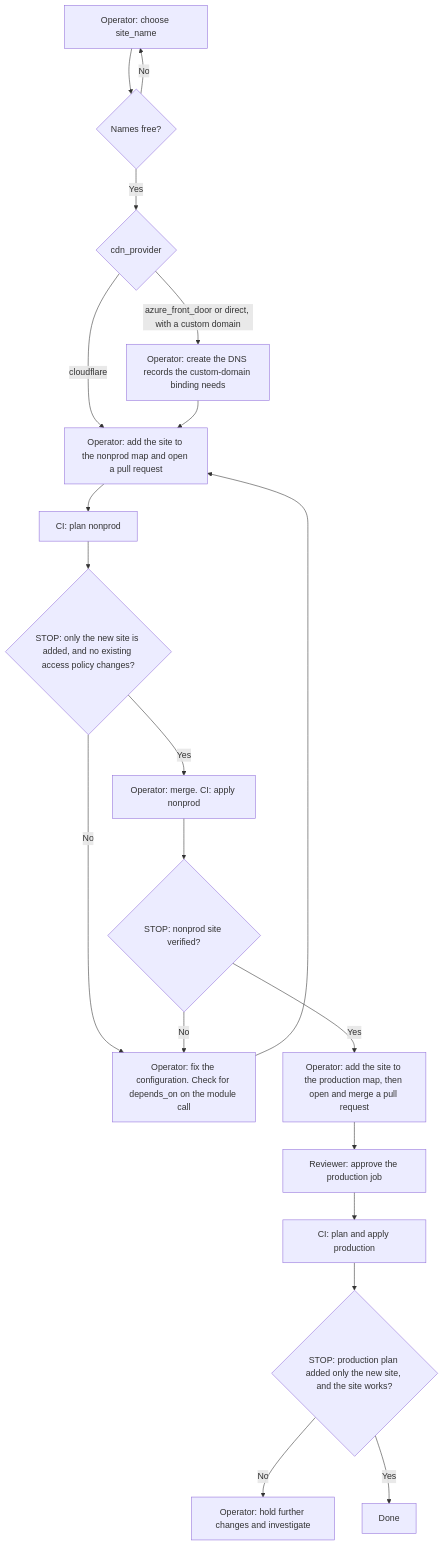
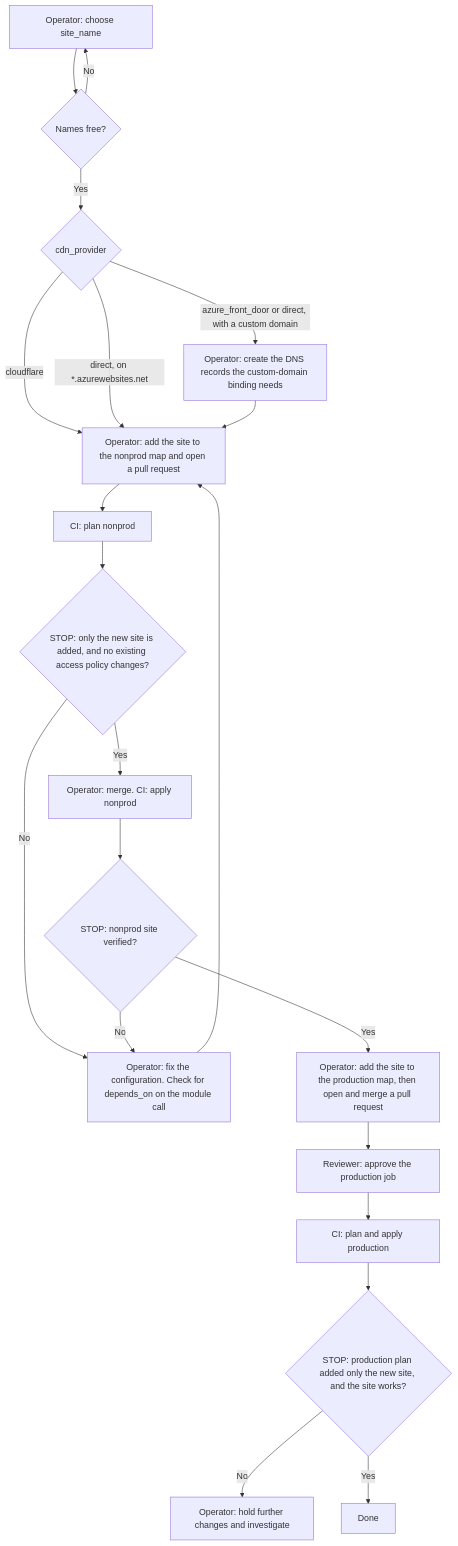
The second of 2 diagrams in docs/deployment-guide.md (agenticcodingops/azure-wordpress), drawn with Mermaid before and after one commit. The commit also changed other lines of this file and 1 other file, not shown here.

````diff
--- a/docs/deployment-guide.md
+++ b/docs/deployment-guide.md
@@ -469,22 +470,23 @@
 ```mermaid
 flowchart TD
     A["Operator: choose site_name"] --> B{"Names free?"}
     B -- No --> A
     B -- Yes --> C{"cdn_provider"}
     C -- cloudflare --> E["Operator: add the site to the nonprod map and open a pull request"]
     C -- "azure_front_door or direct, with a custom domain" --> D["Operator: create the DNS records the custom-domain binding needs"]
+    C -- "direct, on *.azurewebsites.net" --> E
     D --> E
     E --> F["CI: plan nonprod"]
     F --> G{"STOP: only the new site is added, and no existing access policy changes?"}
     G -- No --> H["Operator: fix the configuration. Check for depends_on on the module call"]
     H --> E
     G -- Yes --> I["Operator: merge. CI: apply nonprod"]
     I --> J{"STOP: nonprod site verified?"}
     J -- No --> H
     J -- Yes --> K["Operator: add the site to the production map, then open and merge a pull request"]
     K --> L["Reviewer: approve the production job"]
     L --> M["CI: plan and apply production"]
     M --> N{"STOP: production plan added only the new site, and the site works?"}
     N -- No --> O["Operator: hold further changes and investigate"]
     N -- Yes --> P["Done"]
 ```
````
